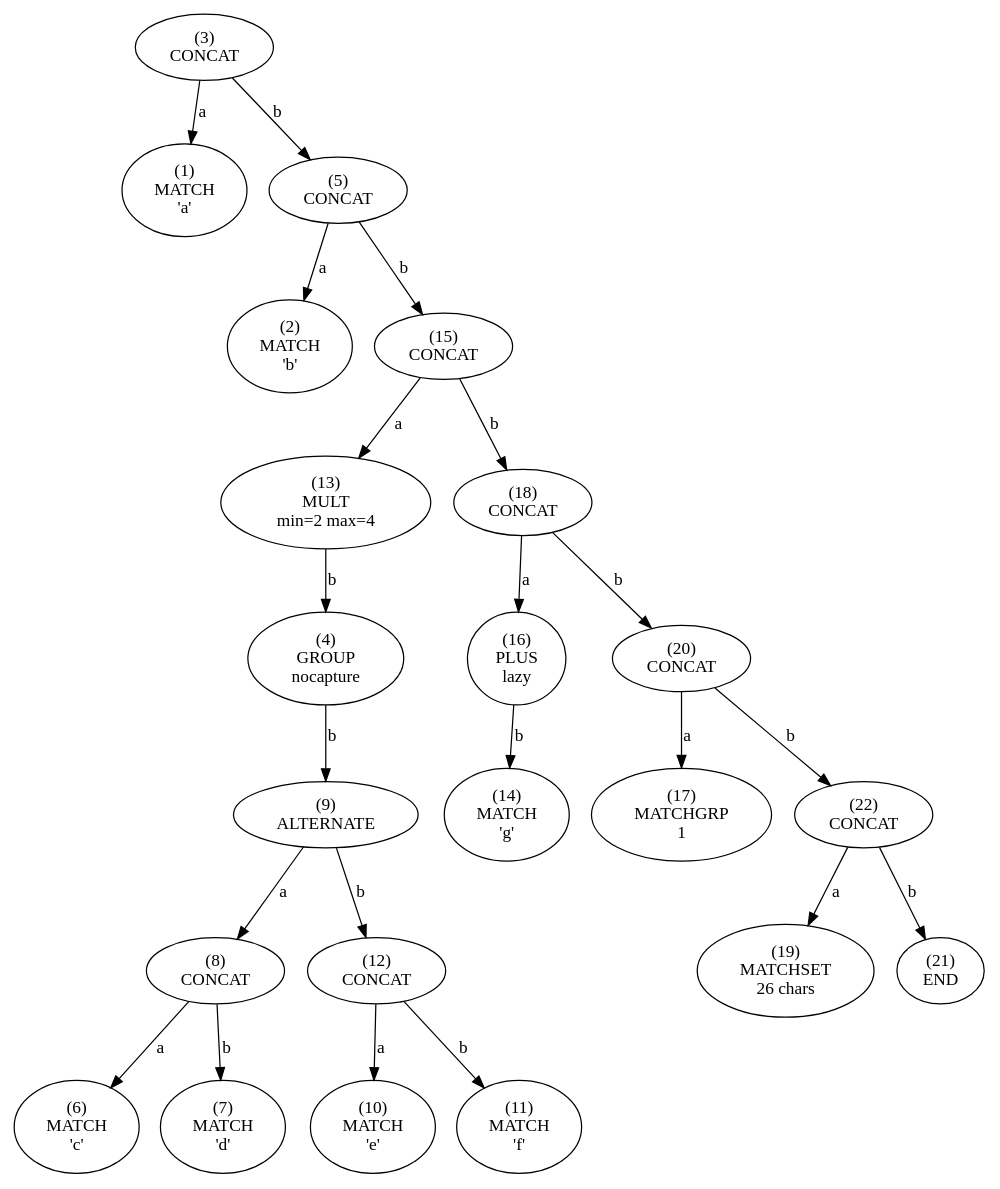
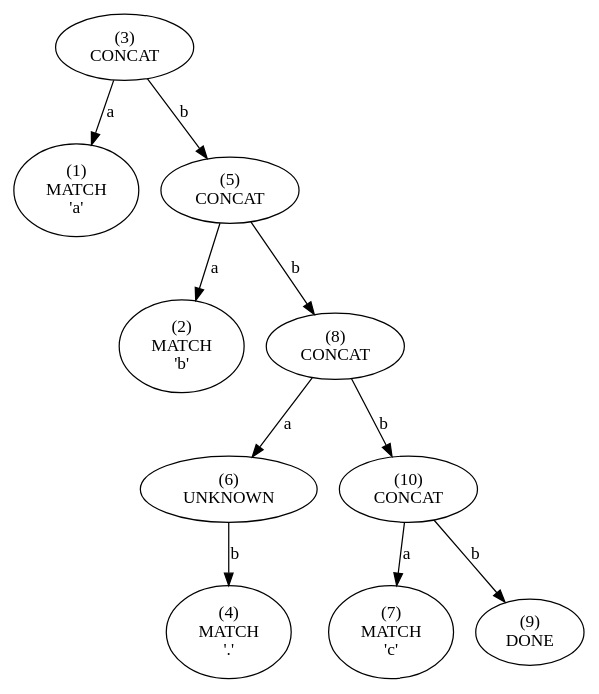
One commit to essele/rele changed the diagram in tree.dot. Above: the diagram before and after it, drawn with Graphviz. The commit also changed 3 other files, not shown here.

```diff
--- a/tree.dot
+++ b/tree.dot
@@ -1,89 +1,41 @@
 digraph tree {
-    n0x4a8f170 [label="(3)
+    n0xb45701561320 [label="(3)
 CONCAT
 "];
-    n0x4a8f170 -> n0x4a8f090 [label="a"];
-    n0x4a8f090 [label="(1)
+    n0xb45701561320 -> n0xb457015612c0 [label="a"];
+    n0xb457015612c0 [label="(1)
 MATCH
 'a'"];
-    n0x4a8f170 -> n0x4a8f250 [label="b"];
-    n0x4a8f250 [label="(5)
+    n0xb45701561320 -> n0xb45701561380 [label="b"];
+    n0xb45701561380 [label="(5)
 CONCAT
 "];
-    n0x4a8f250 -> n0x4a8f100 [label="a"];
-    n0x4a8f100 [label="(2)
+    n0xb45701561380 -> n0xb457015612f0 [label="a"];
+    n0xb457015612f0 [label="(2)
 MATCH
 'b'"];
-    n0x4a8f250 -> n0x4a8f6b0 [label="b"];
-    n0x4a8f6b0 [label="(15)
+    n0xb45701561380 -> n0xb45701561410 [label="b"];
+    n0xb45701561410 [label="(8)
 CONCAT
 "];
-    n0x4a8f6b0 -> n0x4a8f5d0 [label="a"];
-    n0x4a8f5d0 [label="(13)
-MULT
-min=2 max=4"];
-    n0x4a8f5d0 -> n0x4a8f1e0 [label="b"];
-    n0x4a8f1e0 [label="(4)
-GROUP
-nocapture"];
-    n0x4a8f1e0 -> n0x4a8f410 [label="b"];
-    n0x4a8f410 [label="(9)
-ALTERNATE
+    n0xb45701561410 -> n0xb457015613b0 [label="a"];
+    n0xb457015613b0 [label="(6)
+UNKNOWN
 "];
-    n0x4a8f410 -> n0x4a8f3a0 [label="a"];
-    n0x4a8f3a0 [label="(8)
+    n0xb457015613b0 -> n0xb45701561350 [label="b"];
+    n0xb45701561350 [label="(4)
+MATCH
+'.'"];
+    n0xb45701561410 -> n0xb45701561470 [label="b"];
+    n0xb45701561470 [label="(10)
 CONCAT
 "];
-    n0x4a8f3a0 -> n0x4a8f2c0 [label="a"];
-    n0x4a8f2c0 [label="(6)
+    n0xb45701561470 -> n0xb457015613e0 [label="a"];
+    n0xb457015613e0 [label="(7)
 MATCH
 'c'"];
-    n0x4a8f3a0 -> n0x4a8f330 [label="b"];
-    n0x4a8f330 [label="(7)
-MATCH
-'d'"];
-    n0x4a8f410 -> n0x4a8f560 [label="b"];
-    n0x4a8f560 [label="(12)
-CONCAT
-"];
-    n0x4a8f560 -> n0x4a8f480 [label="a"];
-    n0x4a8f480 [label="(10)
-MATCH
-'e'"];
-    n0x4a8f560 -> n0x4a8f4f0 [label="b"];
-    n0x4a8f4f0 [label="(11)
-MATCH
-'f'"];
-    n0x4a8f6b0 -> n0x4a8f800 [label="b"];
-    n0x4a8f800 [label="(18)
-CONCAT
-"];
-    n0x4a8f800 -> n0x4a8f720 [label="a"];
-    n0x4a8f720 [label="(16)
-PLUS
-lazy"];
-    n0x4a8f720 -> n0x4a8f640 [label="b"];
-    n0x4a8f640 [label="(14)
-MATCH
-'g'"];
-    n0x4a8f800 -> n0x4a8f8e0 [label="b"];
-    n0x4a8f8e0 [label="(20)
-CONCAT
-"];
-    n0x4a8f8e0 -> n0x4a8f790 [label="a"];
-    n0x4a8f790 [label="(17)
-MATCHGRP
-1"];
-    n0x4a8f8e0 -> n0x4a8fa10 [label="b"];
-    n0x4a8fa10 [label="(22)
-CONCAT
-"];
-    n0x4a8fa10 -> n0x4a8f870 [label="a"];
-    n0x4a8f870 [label="(19)
-MATCHSET
-26 chars"];
-    n0x4a8fa10 -> n0x4a8f9a0 [label="b"];
-    n0x4a8f9a0 [label="(21)
-END
+    n0xb45701561470 -> n0xb45701561440 [label="b"];
+    n0xb45701561440 [label="(9)
+DONE
 "];
 }
```
